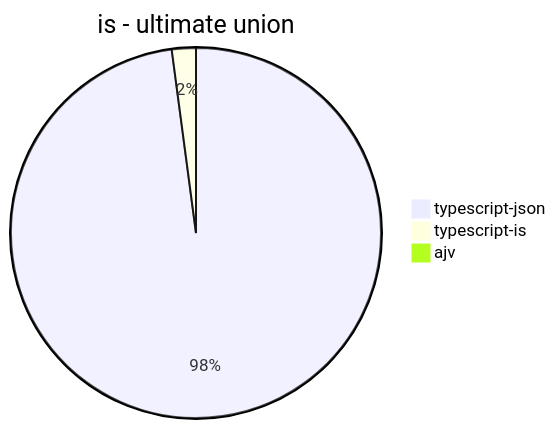
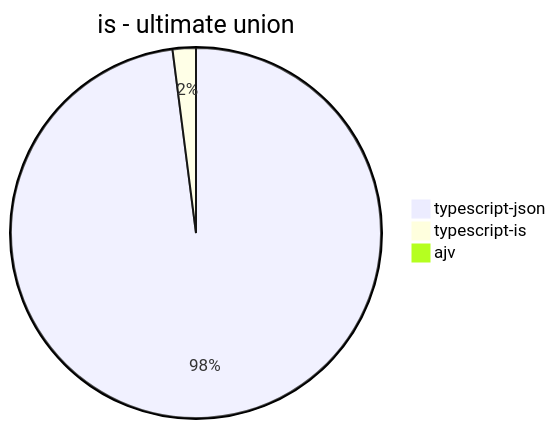
Before and after one commit to samchon/typia: diagram 14 of 30 in benchmark/results/AMD Ryzen 7 5800H with Radeon Graphics         .md, drawn with Mermaid. The commit also changed other lines of this file, not shown here.

````diff
--- a/benchmark/results/AMD Ryzen 7 5800H with Radeon Graphics         .md
+++ b/benchmark/results/AMD Ryzen 7 5800H with Radeon Graphics         .md
@@ -132,6 +132,6 @@
 ```mermaid
 pie title is - ultimate union
-  "typescript-json": 12787.281105990784
-  "typescript-is": 273.9801543550165
+  "typescript-json": 13264.787687743372
+  "typescript-is": 274.79526842584164
   "ajv": 0
 ```
````
